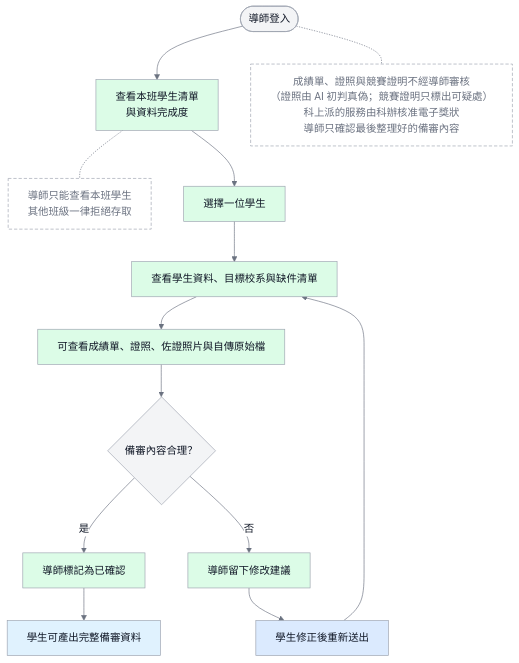
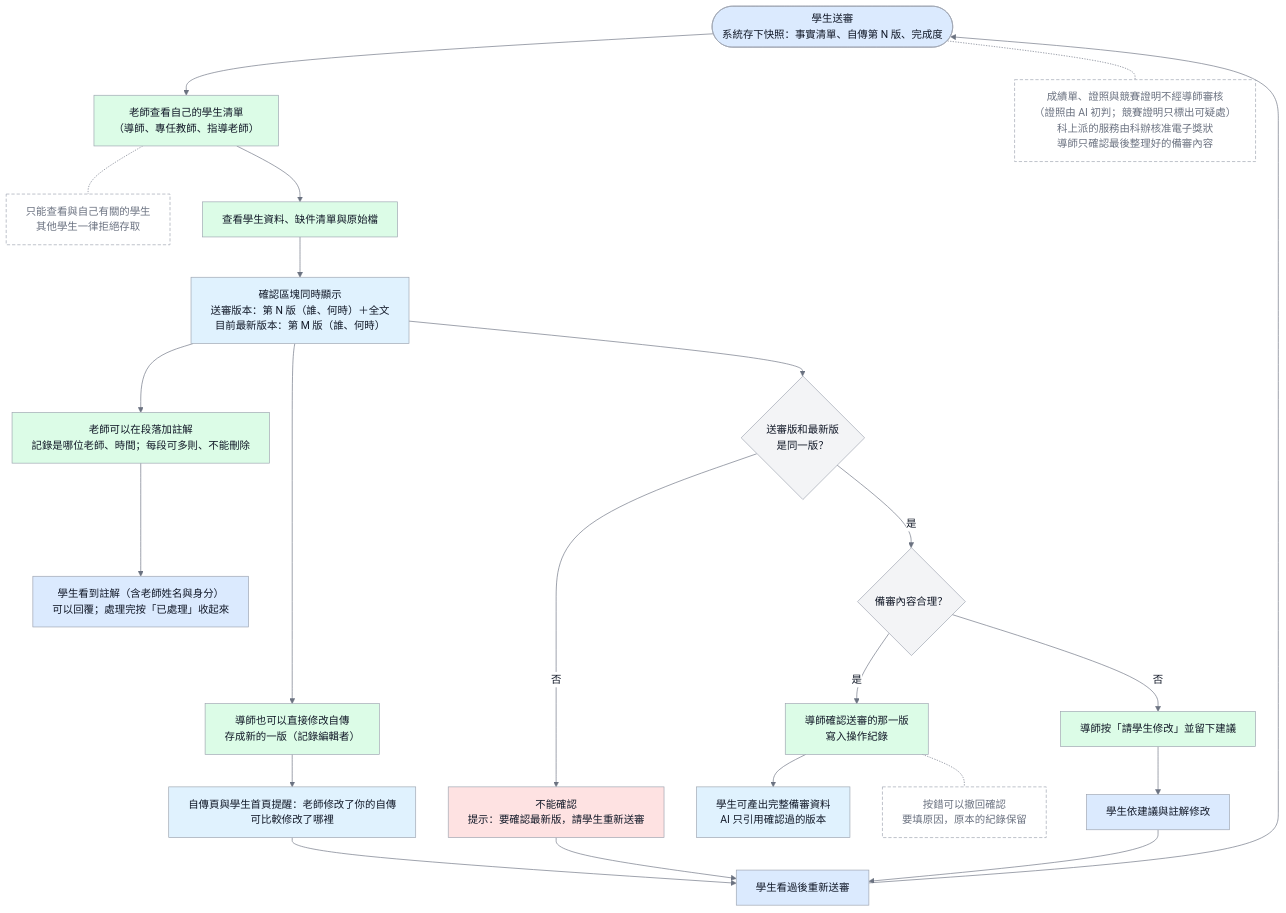
The diagram in docs/images/D-16-teacher-confirm-flow.mmd (vujhdcusa/1028), drawn with Mermaid before and after one commit. The commit also changed 42 other files, not shown here.

Commit message:
流程圖依 10-10 定案更新：圖 5、8、9、11～16 與使用案例圖；新增圖 17 二技公告；ERD 補 6 張表；新增流程圖彙整簡報（不覆蓋 10-07 討論簡報）

```diff
--- a/docs/images/D-16-teacher-confirm-flow.mmd
+++ b/docs/images/D-16-teacher-confirm-flow.mmd
@@ -1,23 +1,29 @@
 %%{init: {'theme':'base','themeVariables': {'fontFamily':'Microsoft JhengHei, Noto Sans TC, Arial, sans-serif','primaryColor':'#F3F4F6','primaryTextColor':'#111827','primaryBorderColor':'#9CA3AF','lineColor':'#6B7280','edgeLabelBackground':'#FFFFFF'},'flowchart':{'wrappingWidth':400}}}%%
 flowchart TD
     classDef student fill:#DBEAFE,stroke:#9CA3AF,color:#111827,stroke-width:1px;
     classDef teacher fill:#DCFCE7,stroke:#9CA3AF,color:#111827,stroke-width:1px;
-    classDef admin fill:#EDE9FE,stroke:#9CA3AF,color:#111827,stroke-width:1px;
     classDef system fill:#E0F2FE,stroke:#9CA3AF,color:#111827,stroke-width:1px;
-    classDef store fill:#F3F4F6,stroke:#9CA3AF,color:#111827,stroke-width:1px;
-    classDef ai fill:#FFEDD5,stroke:#9CA3AF,color:#111827,stroke-width:1px;
     classDef alert fill:#FEE2E2,stroke:#9CA3AF,color:#111827,stroke-width:1px;
     classDef pending fill:#FFFFFF,stroke:#9CA3AF,color:#6B7280,stroke-width:1px,stroke-dasharray:5 3;
 
-    Start([導師登入]) --> List[查看本班學生清單<br/>與資料完成度]:::teacher
-    List -.- Scope[導師只能查看本班學生<br/>其他班級一律拒絕存取]:::pending
-    Start -.- NoCert[成績單、證照與競賽證明不經導師審核<br/>（證照由 AI 初判真偽；競賽證明只標出可疑處）<br/>科上派的服務由科辦核准電子獎狀<br/>導師只確認最後整理好的備審內容]:::pending
-    List --> Pick[選擇一位學生]:::teacher
-    Pick --> View[查看學生資料、目標校系與缺件清單]:::teacher
-    View --> Original[可查看成績單、證照、佐證照片與自傳原始檔]:::teacher
-    Original --> Reasonable{備審內容合理？}
-    Reasonable -- 是 --> Confirm[導師標記為已確認]:::teacher
-    Confirm --> Ready[學生可產出完整備審資料]:::system
-    Reasonable -- 否 --> Advice[導師留下修改建議]:::teacher
-    Advice --> Fix[學生修正後重新送出]:::student
-    Fix --> View
+    Submit([學生送審<br/>系統存下快照：事實清單、自傳第 N 版、完成度]):::student --> List[老師查看自己的學生清單<br/>（導師、專任教師、指導老師）]:::teacher
+    List -.- Scope[只能查看與自己有關的學生<br/>其他學生一律拒絕存取]:::pending
+    Submit -.- NoCert[成績單、證照與競賽證明不經導師審核<br/>（證照由 AI 初判；競賽證明只標出可疑處）<br/>科上派的服務由科辦核准電子獎狀<br/>導師只確認最後整理好的備審內容]:::pending
+    List --> View[查看學生資料、缺件清單與原始檔]:::teacher
+    View --> Versions[確認區塊同時顯示<br/>送審版本：第 N 版（誰、何時）＋全文<br/>目前最新版本：第 M 版（誰、何時）]:::system
+    Versions --> Comment[老師可以在段落加註解<br/>記錄是哪位老師、時間；每段可多則、不能刪除]:::teacher
+    Comment --> Reply[學生看到註解（含老師姓名與身分）<br/>可以回覆；處理完按「已處理」收起來]:::student
+    Versions --> Edit[導師也可以直接修改自傳<br/>存成新的一版（記錄編輯者）]:::teacher
+    Edit --> Notify[自傳頁與學生首頁提醒：老師修改了你的自傳<br/>可比較修改了哪裡]:::system
+    Notify --> Resubmit[學生看過後重新送審]:::student
+    Resubmit --> Submit
+    Versions --> Same{送審版和最新版<br/>是同一版？}
+    Same -- 否 --> Block[不能確認<br/>提示：要確認最新版，請學生重新送審]:::alert
+    Block --> Resubmit
+    Same -- 是 --> Reasonable{備審內容合理？}
+    Reasonable -- 是 --> Confirm[導師確認送審的那一版<br/>寫入操作紀錄]:::teacher
+    Confirm --> Ready[學生可產出完整備審資料<br/>AI 只引用確認過的版本]:::system
+    Reasonable -- 否 --> Advice[導師按「請學生修改」並留下建議]:::teacher
+    Advice --> Fix[學生依建議與註解修改]:::student
+    Fix --> Resubmit
+    Confirm -.- Withdraw[按錯可以撤回確認<br/>要填原因，原本的紀錄保留]:::pending
```
